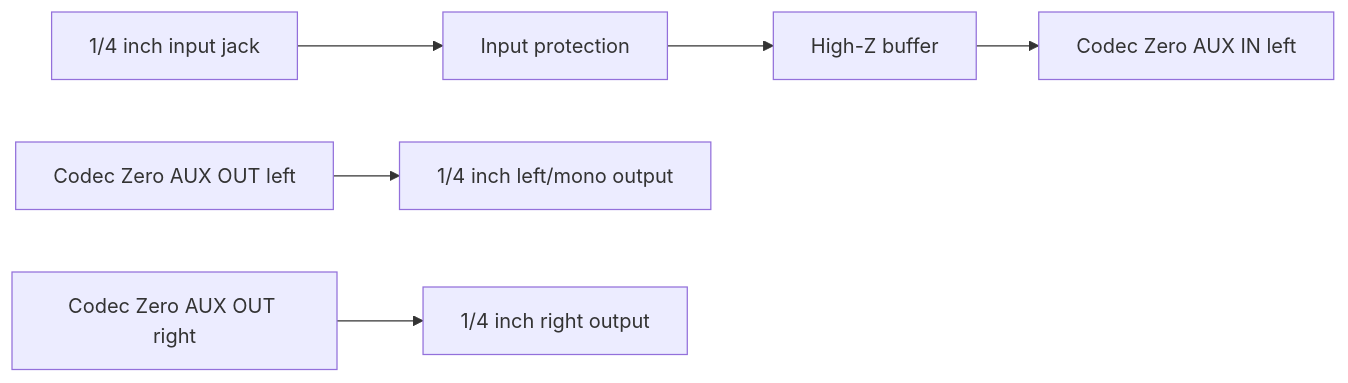
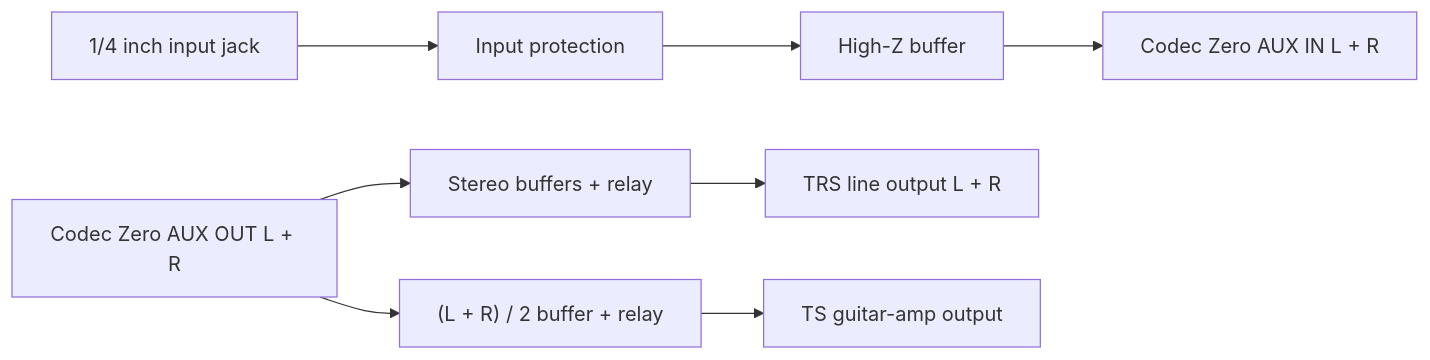
The third of 3 diagrams in docs/hardware-assembly.md (balazsbencs/ardor), drawn with Mermaid before and after one commit. The commit also changed other lines of this file and 56 other files, not shown here.

````diff
--- a/docs/hardware-assembly.md
+++ b/docs/hardware-assembly.md
@@ -181,8 +185,10 @@
 ```mermaid
 flowchart LR
   InJack["1/4 inch input jack"] --> Protection["Input protection"]
   Protection --> HighZ["High-Z buffer"]
-  HighZ --> CodecAuxIn["Codec Zero AUX IN left"]
-  CodecAuxOutL["Codec Zero AUX OUT left"] --> LeftJack["1/4 inch left/mono output"]
-  CodecAuxOutR["Codec Zero AUX OUT right"] --> RightJack["1/4 inch right output"]
+  HighZ --> CodecAuxIn["Codec Zero AUX IN L + R"]
+  CodecAuxOut["Codec Zero AUX OUT L + R"] --> StereoBuffer["Stereo buffers + relay"]
+  StereoBuffer --> LineJack["TRS line output L + R"]
+  CodecAuxOut --> MonoSum["(L + R) / 2 buffer + relay"]
+  MonoSum --> AmpJack["TS guitar-amp output"]
 ```
````
